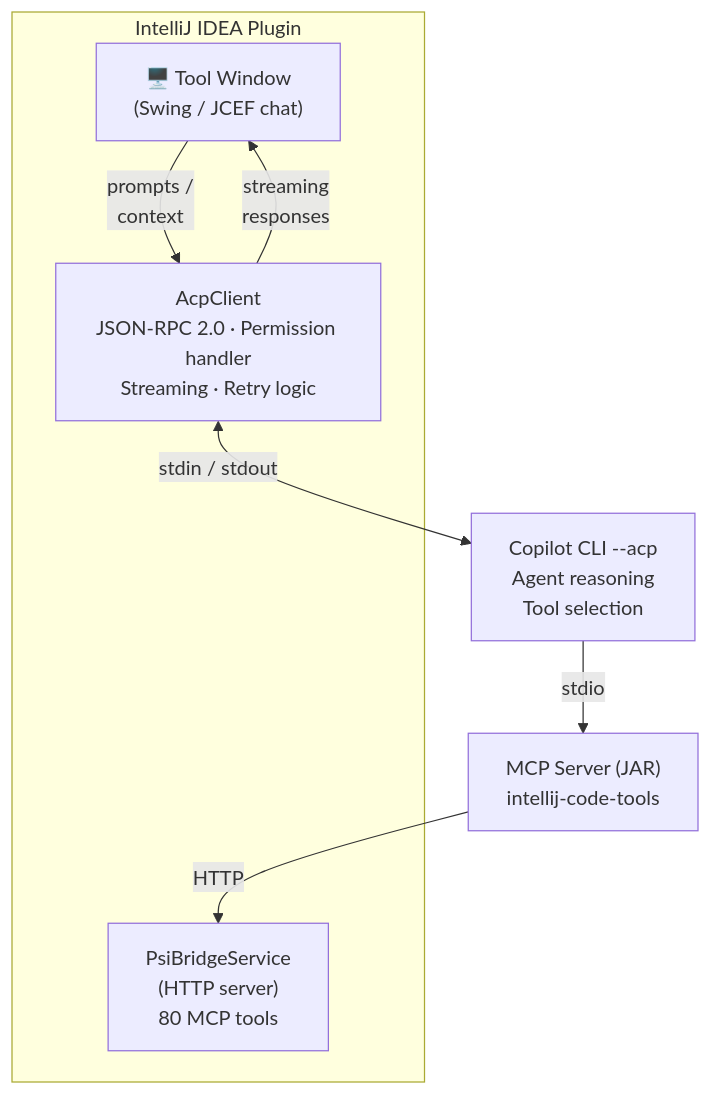
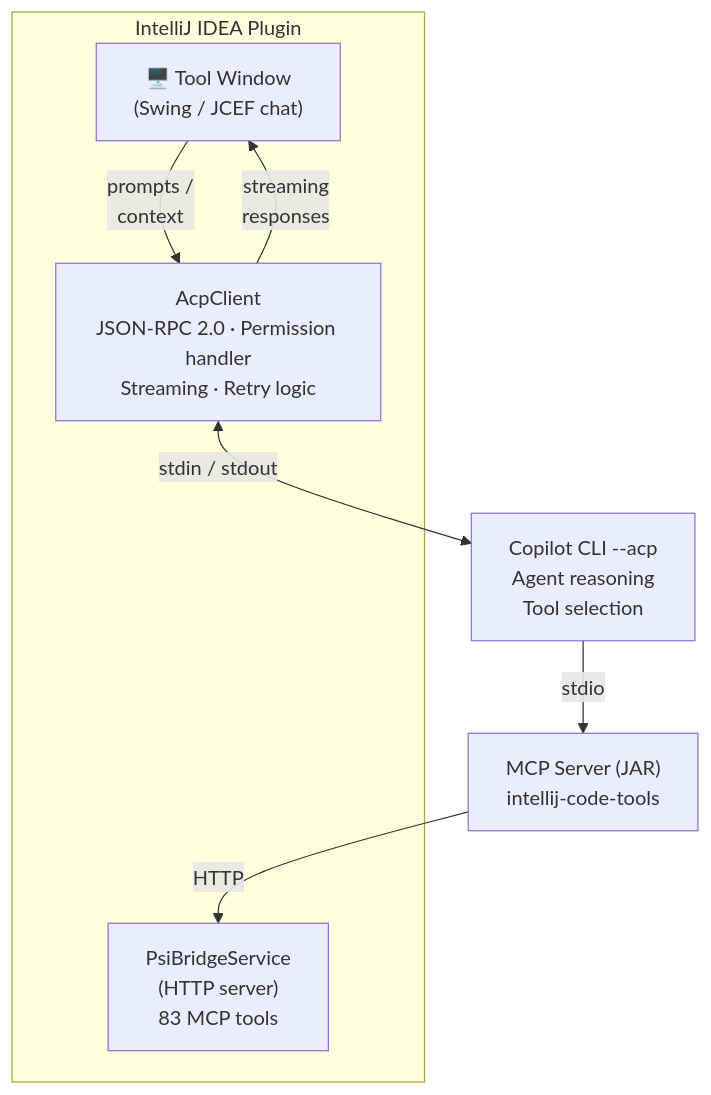
The diagram in README.md (catatafishen/ide-agent-for-copilot), drawn with Mermaid before and after one commit. The commit also changed other lines of this file and 8 other files, not shown here.

````diff
--- a/README.md
+++ b/README.md
@@ -27,14 +27,14 @@
 ```mermaid
 graph TD
     subgraph IntelliJ IDEA Plugin
         TW["🖥️ Tool Window<br/>(Swing / JCEF chat)"]
         ACP["AcpClient<br/>JSON-RPC 2.0 · Permission handler<br/>Streaming · Retry logic"]
-        PSI["PsiBridgeService<br/>(HTTP server)<br/>80 MCP tools"]
+        PSI["PsiBridgeService<br/>(HTTP server)<br/>83 MCP tools"]
         TW -- "prompts /<br/>context" --> ACP
         ACP -- "streaming<br/>responses" --> TW
     end
 
     ACP -- "stdin / stdout" <--> CLI["Copilot CLI --acp<br/>Agent reasoning<br/>Tool selection"]
     CLI -- stdio --> MCP["MCP Server (JAR)<br/>intellij-code-tools"]
     MCP -- HTTP --> PSI
 ```
````
